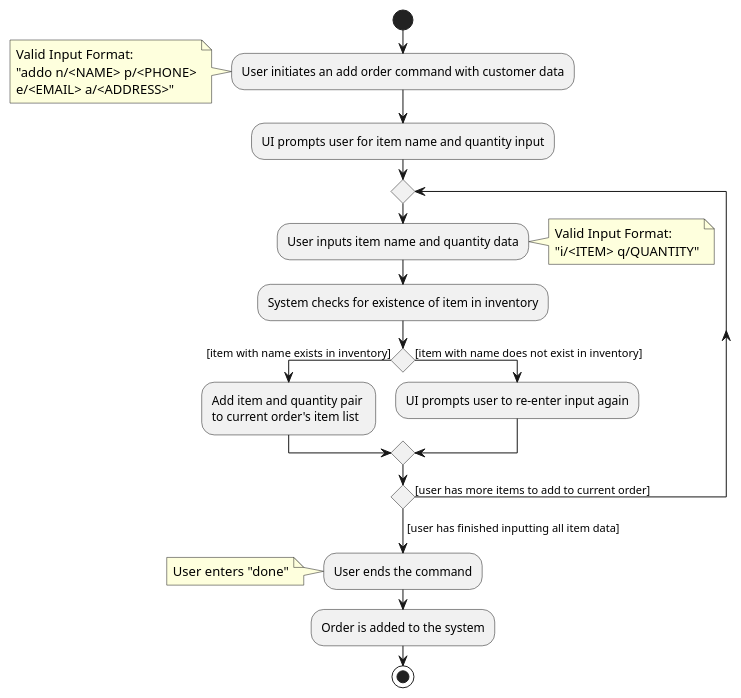
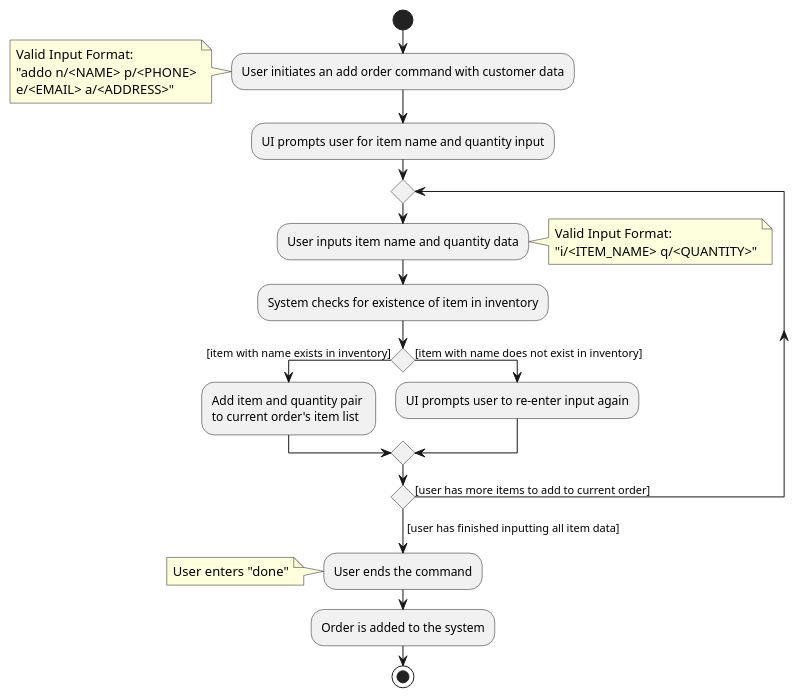
The diagram in docs/diagrams/developer-guide/AddOrderActivityDiagram.puml (nus-cs2103-AY2223S1/tp), drawn with PlantUML before and after one commit. The commit also changed 2 other files, not shown here.

```diff
--- a/docs/diagrams/developer-guide/AddOrderActivityDiagram.puml
+++ b/docs/diagrams/developer-guide/AddOrderActivityDiagram.puml
@@ -1,24 +1,24 @@
 @startuml
 skinparam conditionStyle diamond
 
 start
 :User initiates an add order command with customer data;
 note :Valid Input Format: \n"addo n/<NAME> p/<PHONE>\ne/<EMAIL> a/<ADDRESS>"
 :UI prompts user for item name and quantity input;
 repeat
     :User inputs item name and quantity data;
-    note right: Valid Input Format:\n"i/<ITEM> q/QUANTITY"
+    note right: Valid Input Format:\n"i/<ITEM_NAME> q/<QUANTITY>"
     :System checks for existence of item in inventory;
         if () then ([item with name exists in inventory])
             :Add item and quantity pair \nto current order's item list;
         else([item with name does not exist in inventory])
             :UI prompts user to re-enter input again;
         endif
 repeat while ([user has more items to add to current order])
 -> [user has finished inputting all item data];
 :User ends the command;
 note: User enters "done"
 :Order is added to the system;
 stop
 
 @enduml
```
